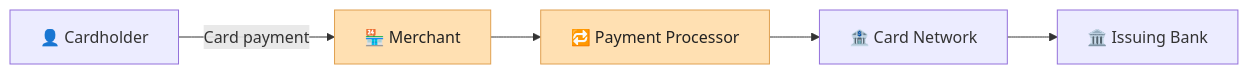
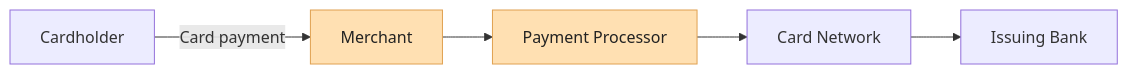
The first of 6 diagrams in compliance/PCI-DSS-v4.0.1.md (r-kemuma/cybersecurity-learning-portfolio), drawn with Mermaid before and after one commit.

Commit message:
Update cardholder and merchant labels in flowchart

````diff
--- a/compliance/PCI-DSS-v4.0.1.md
+++ b/compliance/PCI-DSS-v4.0.1.md
@@ -33,10 +33,10 @@
 ```mermaid
 flowchart LR
-    A["👤 Cardholder"] -->|Card payment| B["🏪 Merchant"]
-    B --> C["🔁 Payment Processor"]
-    C --> D["🏦 Card Network"]
-    D --> E["🏛️ Issuing Bank"]
+    A["Cardholder"] -->|Card payment| B["Merchant"]
+    B --> C["Payment Processor"]
+    C --> D["Card Network"]
+    D --> E["Issuing Bank"]
 
     style B fill:#ffe0b2,stroke:#e0a050,color:#222
     style C fill:#ffe0b2,stroke:#e0a050,color:#222
 ```
````
